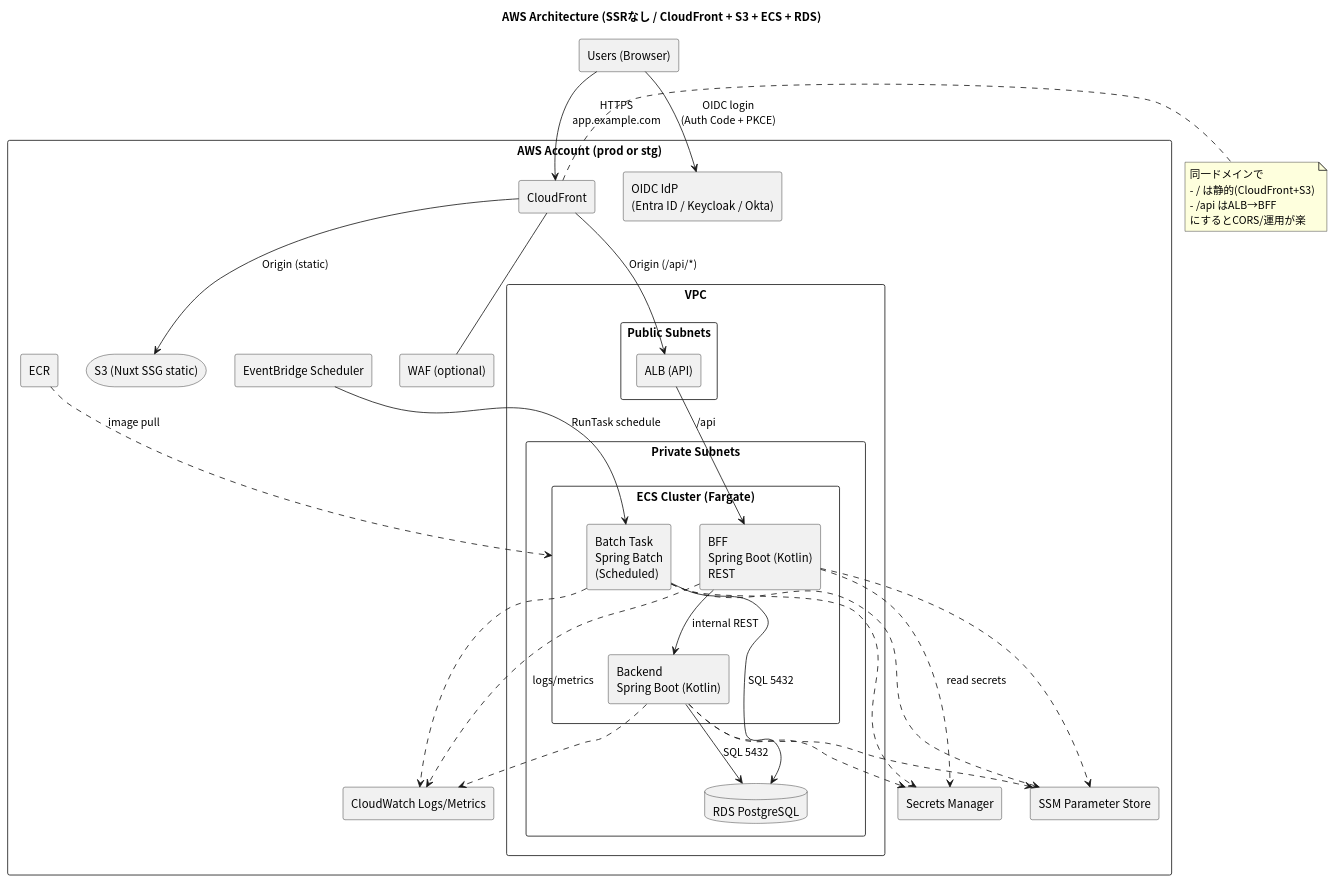
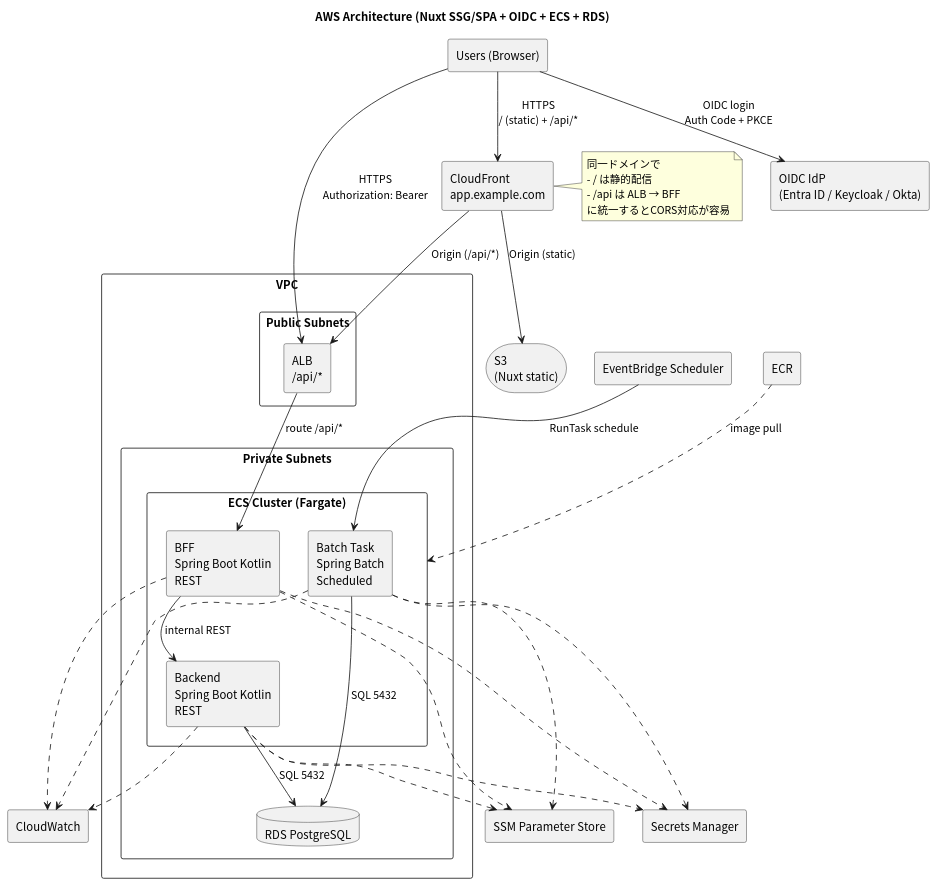
The diagram in docs/01_concept/aws-architecture.puml (pyongsanmichelle/lumina), drawn with PlantUML before and after one commit. The commit also changed 2 other files, not shown here.

```diff
--- a/docs/01_concept/aws-architecture.puml
+++ b/docs/01_concept/aws-architecture.puml
@@ -1,73 +1,66 @@
 @startuml aws-architecture
+
 skinparam shadowing false
 skinparam componentStyle rectangle
 skinparam defaultFontName "Noto Sans CJK JP"
 
-title AWS Architecture (SSRなし / CloudFront + S3 + ECS + RDS)
+title AWS Architecture (Nuxt SSG/SPA + OIDC + ECS + RDS)
 
 rectangle "Users (Browser)" as user
+rectangle "OIDC IdP\n(Entra ID / Keycloak / Okta)" as idp
 
-rectangle "AWS Account (prod or stg)" as aws {
+rectangle "CloudFront\napp.example.com" as cf
+storage "S3\n(Nuxt static)" as s3
 
-  rectangle "CloudFront" as cf
-  storage "S3 (Nuxt SSG static)" as s3
-  [WAF (optional)] as waf
-
-  rectangle "VPC" as vpc {
-    rectangle "Public Subnets" as pub {
-      [ALB (API)] as alb
+rectangle "VPC" as vpc {
+  rectangle "Public Subnets" as pub {
+    [ALB\n/api/*] as alb
+  }
+  rectangle "Private Subnets" as priv {
+    rectangle "ECS Cluster (Fargate)" as ecs {
+      [BFF\nSpring Boot Kotlin\nREST] as bff
+      [Backend\nSpring Boot Kotlin\nREST] as be
+      [Batch Task\nSpring Batch\nScheduled] as batch
     }
-
-    rectangle "Private Subnets" as priv {
-      rectangle "ECS Cluster (Fargate)" as ecs {
-        [BFF\nSpring Boot (Kotlin)\nREST] as bff
-        [Backend\nSpring Boot (Kotlin)] as be
-        [Batch Task\nSpring Batch\n(Scheduled)] as batch
-      }
-      database "RDS PostgreSQL" as rds
-    }
+    database "RDS PostgreSQL" as rds
   }
-
-  [EventBridge Scheduler] as ev
-  [CloudWatch Logs/Metrics] as cw
-  [Secrets Manager] as secrets
-  [SSM Parameter Store] as ssm
-  [ECR] as ecr
-  rectangle "OIDC IdP\n(Entra ID / Keycloak / Okta)" as idp
 }
 
-user --> cf : HTTPS\napp.example.com
-waf -up- cf
+[EventBridge Scheduler] as ev
+[CloudWatch] as cw
+[Secrets Manager] as secrets
+[SSM Parameter Store] as ssm
+[ECR] as ecr
+
+user --> cf : HTTPS\n/ (static) + /api/*
 cf --> s3 : Origin (static)
 cf --> alb : Origin (/api/*)
 
-user --> idp : OIDC login\n(Auth Code + PKCE)
+user --> idp : OIDC login\nAuth Code + PKCE
+user --> alb : HTTPS\nAuthorization: Bearer
 
-alb --> bff : /api
+alb --> bff : route /api/*
 bff --> be : internal REST
 be --> rds : SQL 5432
 batch --> rds : SQL 5432
 ev --> batch : RunTask schedule
 
-bff ..> secrets : read secrets
+bff ..> secrets
 be ..> secrets
 batch ..> secrets
-
 bff ..> ssm
 be ..> ssm
 batch ..> ssm
-
-bff ..> cw : logs/metrics
+bff ..> cw
 be ..> cw
 batch ..> cw
-
 ecr ..> ecs : image pull
 
 note right of cf
 同一ドメインで
-- / は静的(CloudFront+S3)
-- /api はALB→BFF
-にするとCORS/運用が楽
+- / は静的配信
+- /api は ALB → BFF
+に統一するとCORS対応が容易
 end note
 
 @enduml
```
